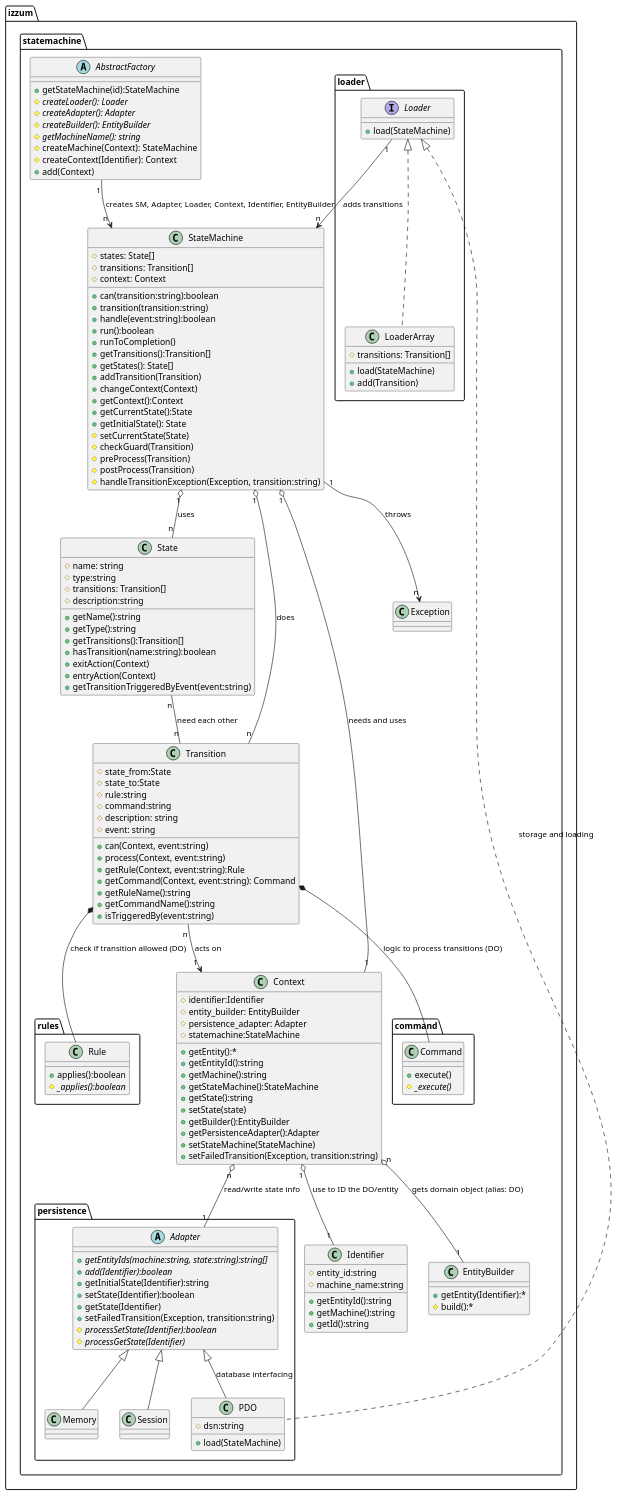
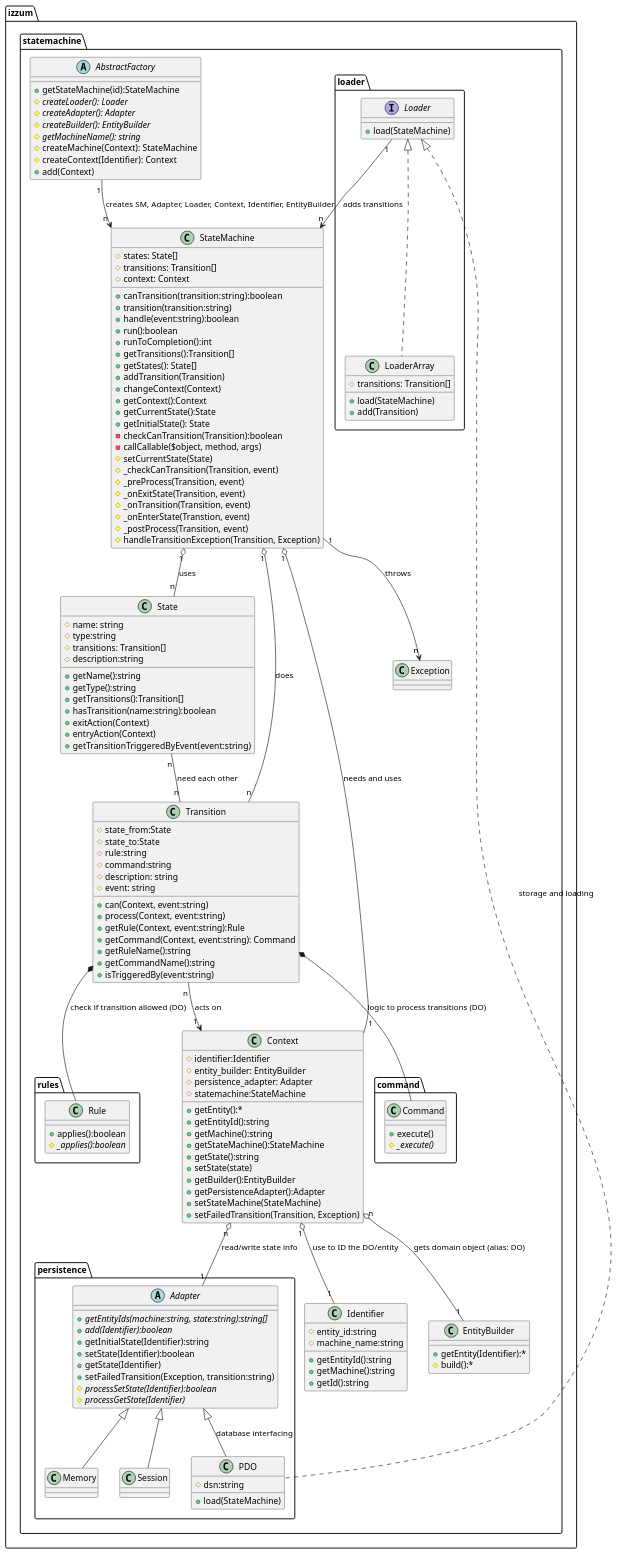
Before and after one commit to rolfvreijdenberger/izzum-statemachine: the diagram in assets/uml/class_diagram_izzum.puml, drawn with PlantUML. The commit also changed 9 other files, not shown here.

```diff
--- a/assets/uml/class_diagram_izzum.puml
+++ b/assets/uml/class_diagram_izzum.puml
@@ -1,171 +1,176 @@
 @startuml
 
 package izzum.statemachine {
     Class StateMachine {
       # states: State[]
       # transitions: Transition[]
       # context: Context
-      + can(transition:string):boolean
+      + canTransition(transition:string):boolean
       + transition(transition:string)
       + handle(event:string):boolean
       + run():boolean
-      + runToCompletion()
+      + runToCompletion():int
       + getTransitions():Transition[]
       + getStates(): State[]
       + addTransition(Transition)
       + changeContext(Context)
       + getContext():Context
       + getCurrentState():State
       + getInitialState(): State
+      - checkCanTransition(Transition):boolean
+      - callCallable($object, method, args)
       # setCurrentState(State)
-      # checkGuard(Transition)
-      # preProcess(Transition)
-      # postProcess(Transition)
-      # handleTransitionException(Exception, transition:string)   
+      # _checkCanTransition(Transition, event)
+      # _preProcess(Transition, event)
+      # _onExitState(Transition, event)
+      # _onTransition(Transition, event)
+      # _onEnterState(Transtion, event)
+      # _postProcess(Transition, event)
+      # handleTransitionException(Transition, Exception)   
     }
     
     Class State {
         # name: string
         # type:string
         # transitions: Transition[]
         # description:string
         + getName():string
         + getType():string
         + getTransitions():Transition[]
         + hasTransition(name:string):boolean
         + exitAction(Context)
         + entryAction(Context)
         + getTransitionTriggeredByEvent(event:string)
     }
     Class Transition {
         # state_from:State
         # state_to:State
         # rule:string
         # command:string
         # description: string
         # event: string
         + can(Context, event:string)
         + process(Context, event:string)
         + getRule(Context, event:string):Rule
         + getCommand(Context, event:string): Command
         + getRuleName():string
         + getCommandName():string
         + isTriggeredBy(event:string)
     }
     Class Context {
         # identifier:Identifier
         # entity_builder: EntityBuilder
         # persistence_adapter: Adapter
         # statemachine:StateMachine
         + getEntity():*
         + getEntityId():string
         + getMachine():string
         + getStateMachine():StateMachine
         + getState():string
         + setState(state)
         + getBuilder():EntityBuilder
         + getPersistenceAdapter():Adapter
         + setStateMachine(StateMachine)
-        + setFailedTransition(Exception, transition:string)
+        + setFailedTransition(Transition, Exception)
     }
     
     Class Identifier {
     	# entity_id:string
     	# machine_name:string
     	+ getEntityId():string
     	+ getMachine():string
     	+ getId():string
     }
 
     Class EntityBuilder {
         + getEntity(Identifier):*
         # build():*
     }
     package persistence {
       abstract Class Adapter {
         + {abstract} getEntityIds(machine:string, state:string):string[]
         + {abstract} add(Identifier):boolean
         + getInitialState(Identifier):string
         + setState(Identifier):boolean
         + getState(Identifier)
         + setFailedTransition(Exception, transition:string)
         # {abstract} processSetState(Identifier):boolean
         # {abstract} processGetState(Identifier)
       }
 
       Class PDO {
         #dsn:string
         + load(StateMachine)
       }
 
       Class Memory {
 
       }
 
       Class Session {
 
       }
 
     }
 
         abstract Class AbstractFactory {
             + getStateMachine(id):StateMachine
             # {abstract} createLoader(): Loader
             # {abstract} createAdapter(): Adapter
             # {abstract} createBuilder(): EntityBuilder
             # {abstract} getMachineName(): string
             # createMachine(Context): StateMachine
             # createContext(Identifier): Context
             +add(Context)
         }
 
     package loader {
         Interface Loader {
           +load(StateMachine)
         }
         Class LoaderArray {
           # transitions: Transition[]
           + load(StateMachine)
           + add(Transition)
         }
     }
 
     Class Exception
 
     package command {
       Class Command {
         +execute()
         #{abstract}_execute()
       }
     }
 
     package rules {
       Class Rule {
         +applies():boolean
         #{abstract}_applies():boolean
       }
     }
 
 }
     StateMachine "1" o-- "n" State : uses
     StateMachine "1" o-- "n" Transition : does
     StateMachine "1" o-- "1" Context : needs and uses
     StateMachine "1" --> "n" Exception: throws
     Context "n" o-- "1" EntityBuilder : gets domain object (alias: DO)
     Context "n" o-- "1" Adapter : read/write state info
     Context "1" o-- "1" Identifier : use to ID the DO/entity
     State "n" -- "n" Transition : need each other
     Adapter <|-- Memory
     Adapter <|-- PDO : database interfacing
     Adapter <|-- Session
     Loader <|.. PDO : storage and loading
     Loader <|.. LoaderArray 
     Transition *-- Command : logic to process transitions (DO)
     Transition *-- Rule : check if transition allowed (DO)
     Transition "n" --> "1" Context : acts on
     AbstractFactory "1" --> "n" StateMachine: creates SM, Adapter, Loader, Context, Identifier, EntityBuilder
     Loader "1" --> "n" StateMachine : adds transitions
 
 
 
 @enduml
```
